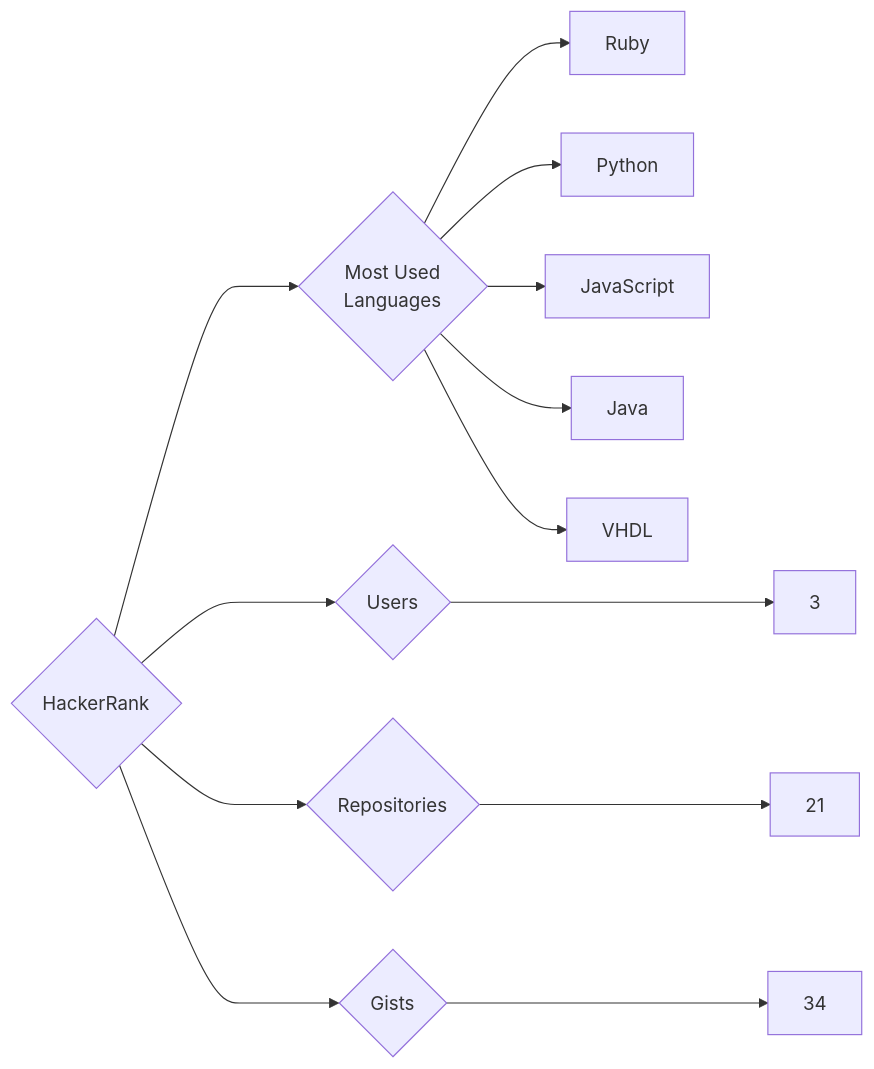
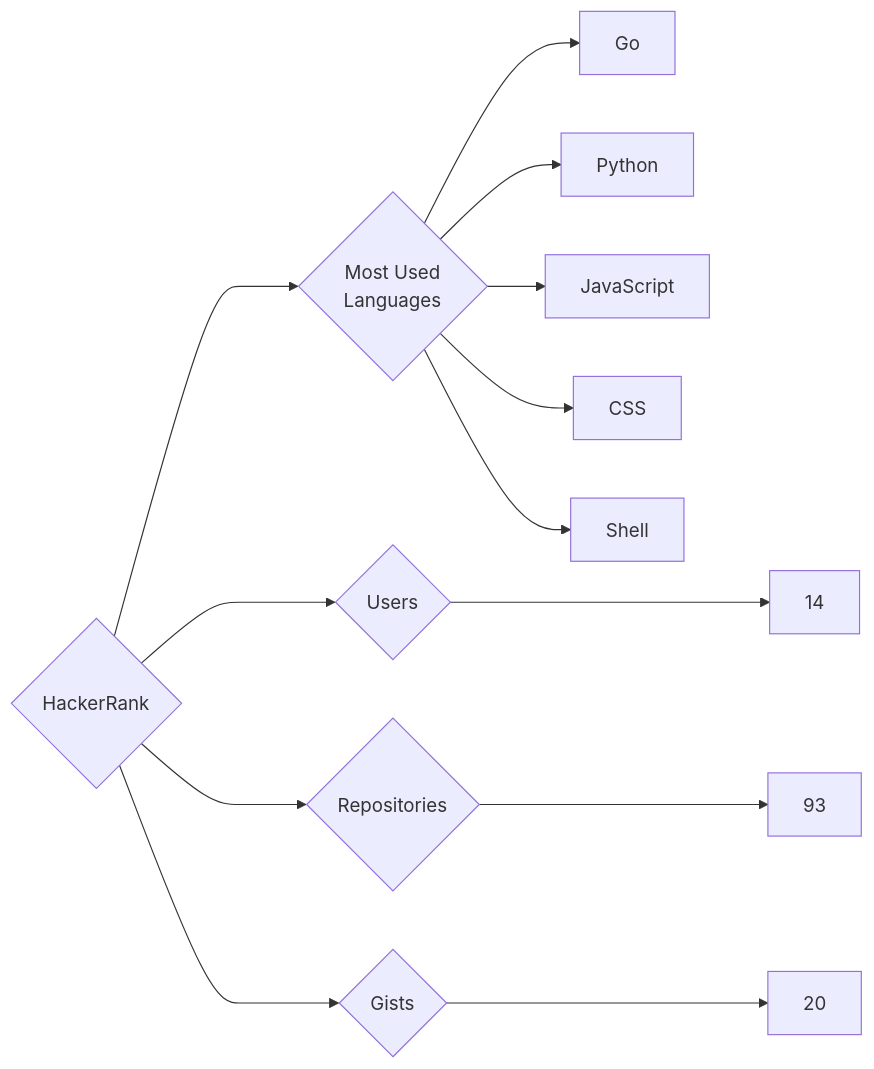
The diagram in targets/HackerRank/README.md (trickest/insiders), drawn with Mermaid before and after one commit. The commit also changed 1036 other files, not shown here.

````diff
--- a/targets/HackerRank/README.md
+++ b/targets/HackerRank/README.md
@@ -3,13 +3,13 @@
 ```mermaid
 graph LR
 COMPANY_NAME{HackerRank}
-COMPANY_NAME ---> U{Users} ---> UN[3]
-COMPANY_NAME ---> R{Repositories} ---> RN[21]
-COMPANY_NAME ---> G{Gists} ---> GN[34]
+COMPANY_NAME ---> U{Users} ---> UN[14]
+COMPANY_NAME ---> R{Repositories} ---> RN[93]
+COMPANY_NAME ---> G{Gists} ---> GN[20]
 COMPANY_NAME ---> ML{Most Used<br>Languages}
-ML --> Ruby[Ruby]
+ML --> Go[Go]
 ML --> Python[Python]
 ML --> JavaScript[JavaScript]
-ML --> Java[Java]
-ML --> VHDL[VHDL]
+ML --> CSS[CSS]
+ML --> Shell[Shell]
 ```
````
